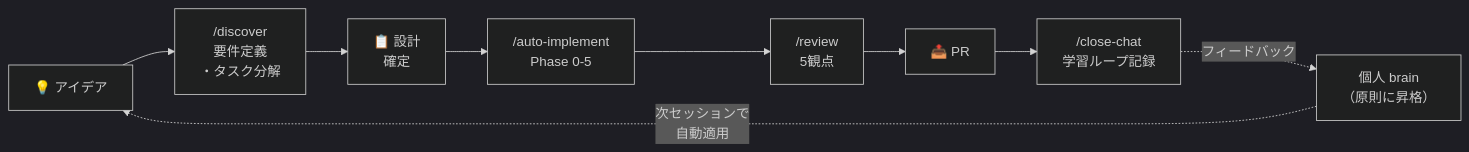
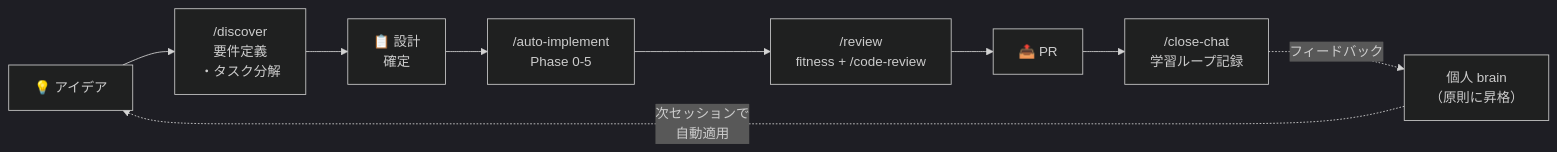
The fourth of 5 diagrams in README.ja.md (SideMountain/claude-code-sidekick), drawn with Mermaid (dark theme) before and after one commit. The commit also changed other lines of this file and 23 other files, not shown here.

````diff
--- a/README.ja.md
+++ b/README.ja.md
@@ -297,11 +297,11 @@
 ```mermaid
 flowchart LR
     Idea["💡 アイデア"] --> D["/discover<br/>要件定義<br/>・タスク分解"]
     D --> Design["📋 設計<br/>確定"]
     Design --> AI["/auto-implement<br/>Phase 0-5"]
-    AI --> R["/review<br/>5観点"]
+    AI --> R["/review<br/>fitness + /code-review"]
     R --> PR["📤 PR"]
     PR --> CC["/close-chat<br/>学習ループ記録"]
     CC -.->|"フィードバック"| TH["個人 brain<br/>（原則に昇格）"]
     TH -.->|"次セッションで<br/>自動適用"| Idea
 ```
````
